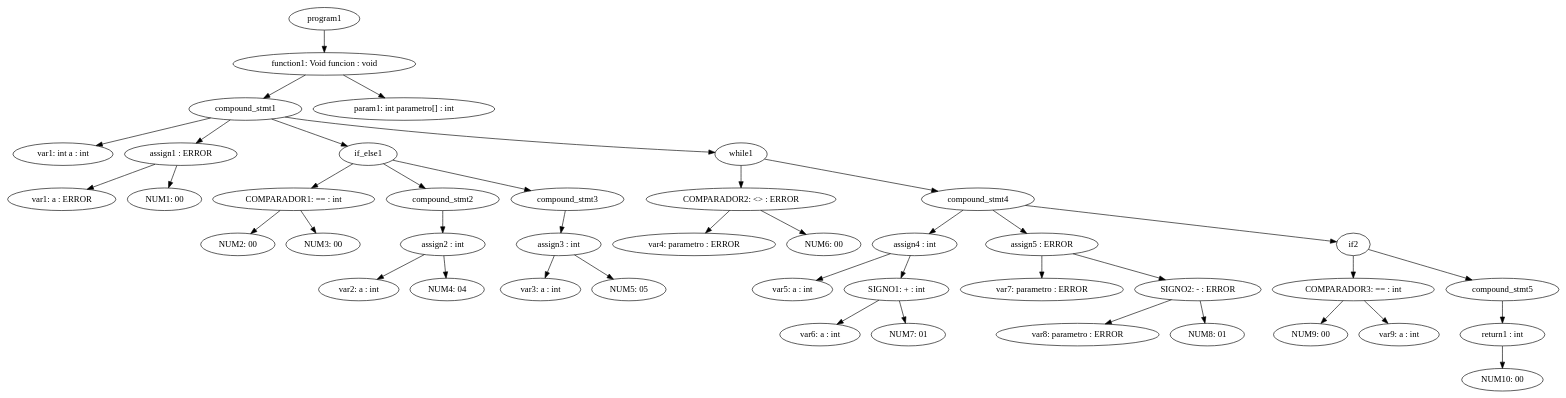
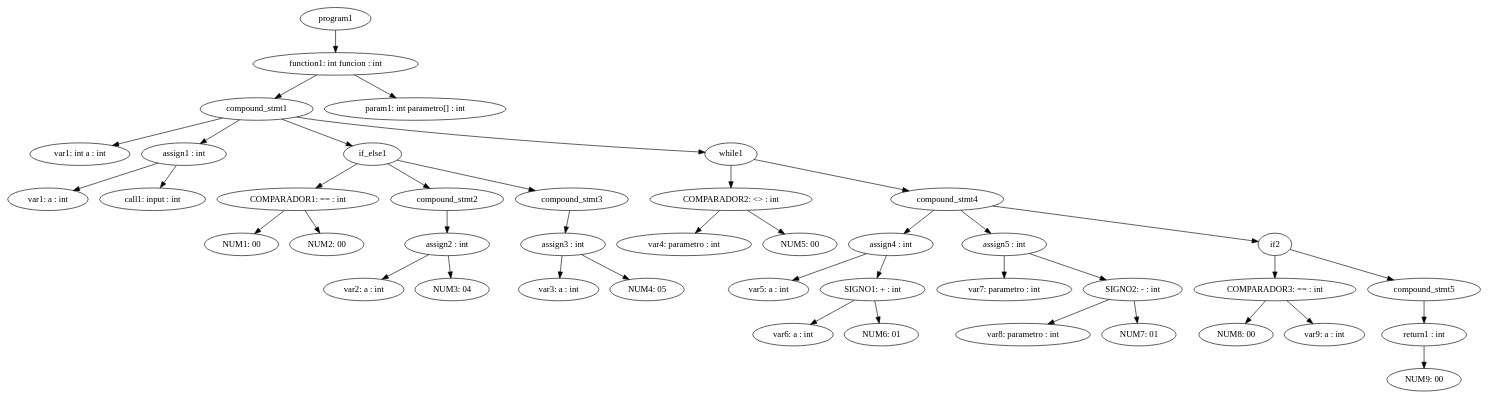
The diagram in semantic_examples/out1.dot (PabloFB18/taller-compiladores), drawn with Graphviz before and after one commit. The commit also changed 15 other files, not shown here.

```diff
--- a/semantic_examples/out1.dot
+++ b/semantic_examples/out1.dot
@@ -1,43 +1,43 @@
 digraph G {
-	"program1" -> "function1: Void funcion : void"
-	"function1: Void funcion : void" -> "compound_stmt1"
+	"program1" -> "function1: int funcion : int"
+	"function1: int funcion : int" -> "compound_stmt1"
 	"compound_stmt1" -> "var1: int a : int"
-	"compound_stmt1" -> "assign1 : ERROR"
-	"assign1 : ERROR" -> "var1: a : ERROR"
-	"assign1 : ERROR" -> "NUM1: 00"
+	"compound_stmt1" -> "assign1 : int"
+	"assign1 : int" -> "var1: a : int"
+	"assign1 : int" -> "call1: input : int"
 	"compound_stmt1" -> "if_else1"
 	"if_else1" -> "COMPARADOR1: == : int"
+	"COMPARADOR1: == : int" -> "NUM1: 00"
 	"COMPARADOR1: == : int" -> "NUM2: 00"
-	"COMPARADOR1: == : int" -> "NUM3: 00"
 	"if_else1" -> "compound_stmt2"
 	"compound_stmt2" -> "assign2 : int"
 	"assign2 : int" -> "var2: a : int"
-	"assign2 : int" -> "NUM4: 04"
+	"assign2 : int" -> "NUM3: 04"
 	"if_else1" -> "compound_stmt3"
 	"compound_stmt3" -> "assign3 : int"
 	"assign3 : int" -> "var3: a : int"
-	"assign3 : int" -> "NUM5: 05"
+	"assign3 : int" -> "NUM4: 05"
 	"compound_stmt1" -> "while1"
-	"while1" -> "COMPARADOR2: <> : ERROR"
-	"COMPARADOR2: <> : ERROR" -> "var4: parametro : ERROR"
-	"COMPARADOR2: <> : ERROR" -> "NUM6: 00"
+	"while1" -> "COMPARADOR2: <> : int"
+	"COMPARADOR2: <> : int" -> "var4: parametro : int"
+	"COMPARADOR2: <> : int" -> "NUM5: 00"
 	"while1" -> "compound_stmt4"
 	"compound_stmt4" -> "assign4 : int"
 	"assign4 : int" -> "var5: a : int"
 	"assign4 : int" -> "SIGNO1: + : int"
 	"SIGNO1: + : int" -> "var6: a : int"
-	"SIGNO1: + : int" -> "NUM7: 01"
-	"compound_stmt4" -> "assign5 : ERROR"
-	"assign5 : ERROR" -> "var7: parametro : ERROR"
-	"assign5 : ERROR" -> "SIGNO2: - : ERROR"
-	"SIGNO2: - : ERROR" -> "var8: parametro : ERROR"
-	"SIGNO2: - : ERROR" -> "NUM8: 01"
+	"SIGNO1: + : int" -> "NUM6: 01"
+	"compound_stmt4" -> "assign5 : int"
+	"assign5 : int" -> "var7: parametro : int"
+	"assign5 : int" -> "SIGNO2: - : int"
+	"SIGNO2: - : int" -> "var8: parametro : int"
+	"SIGNO2: - : int" -> "NUM7: 01"
 	"compound_stmt4" -> "if2"
 	"if2" -> "COMPARADOR3: == : int"
-	"COMPARADOR3: == : int" -> "NUM9: 00"
+	"COMPARADOR3: == : int" -> "NUM8: 00"
 	"COMPARADOR3: == : int" -> "var9: a : int"
 	"if2" -> "compound_stmt5"
 	"compound_stmt5" -> "return1 : int"
-	"return1 : int" -> "NUM10: 00"
-	"function1: Void funcion : void" -> "param1: int parametro[] : int"
+	"return1 : int" -> "NUM9: 00"
+	"function1: int funcion : int" -> "param1: int parametro[] : int"
 }
```
